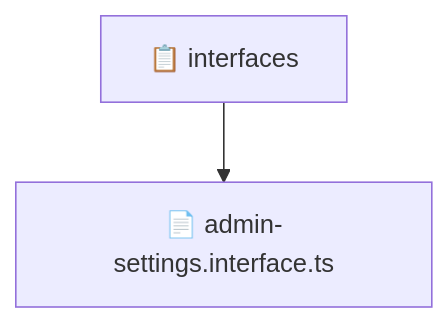
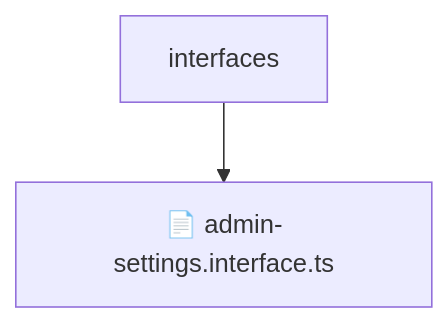
The diagram in backend/src/modules/admin-settings/domain/interfaces/README.md (beginwebdev2002/fullstack-mavluda), drawn with Mermaid before and after one commit. The commit also changed other lines of this file and 155 other files, not shown here.

````diff
--- a/backend/src/modules/admin-settings/domain/interfaces/README.md
+++ b/backend/src/modules/admin-settings/domain/interfaces/README.md
@@ -10,5 +14,5 @@
 ```mermaid
 graph TD
-  Root["📋 interfaces"]
-  Root --> adminsettingsinterfacets["📄 admin-settings.interface.ts"]
+    Root[interfaces]
+    Root --> F0[📄 admin-settings.interface.ts]
 ```
````
